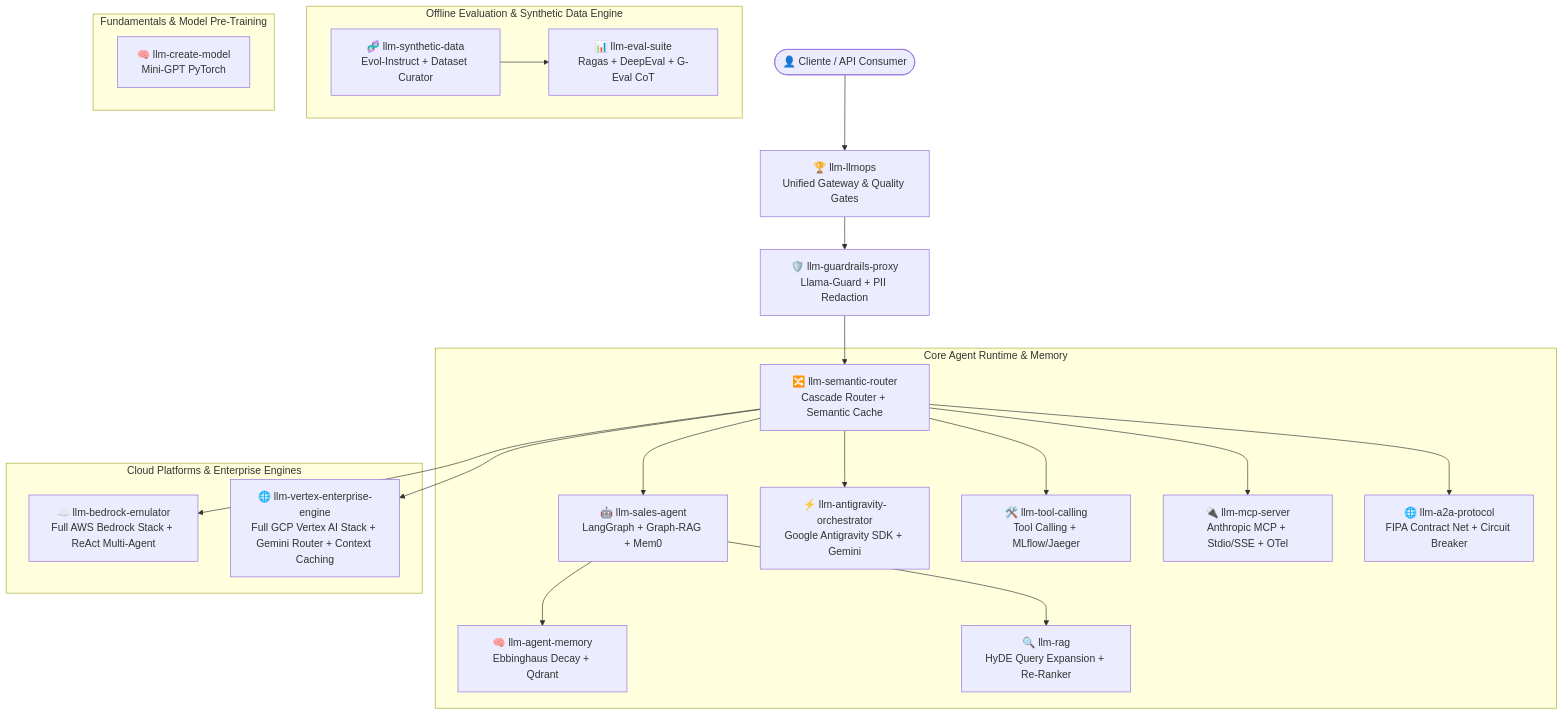
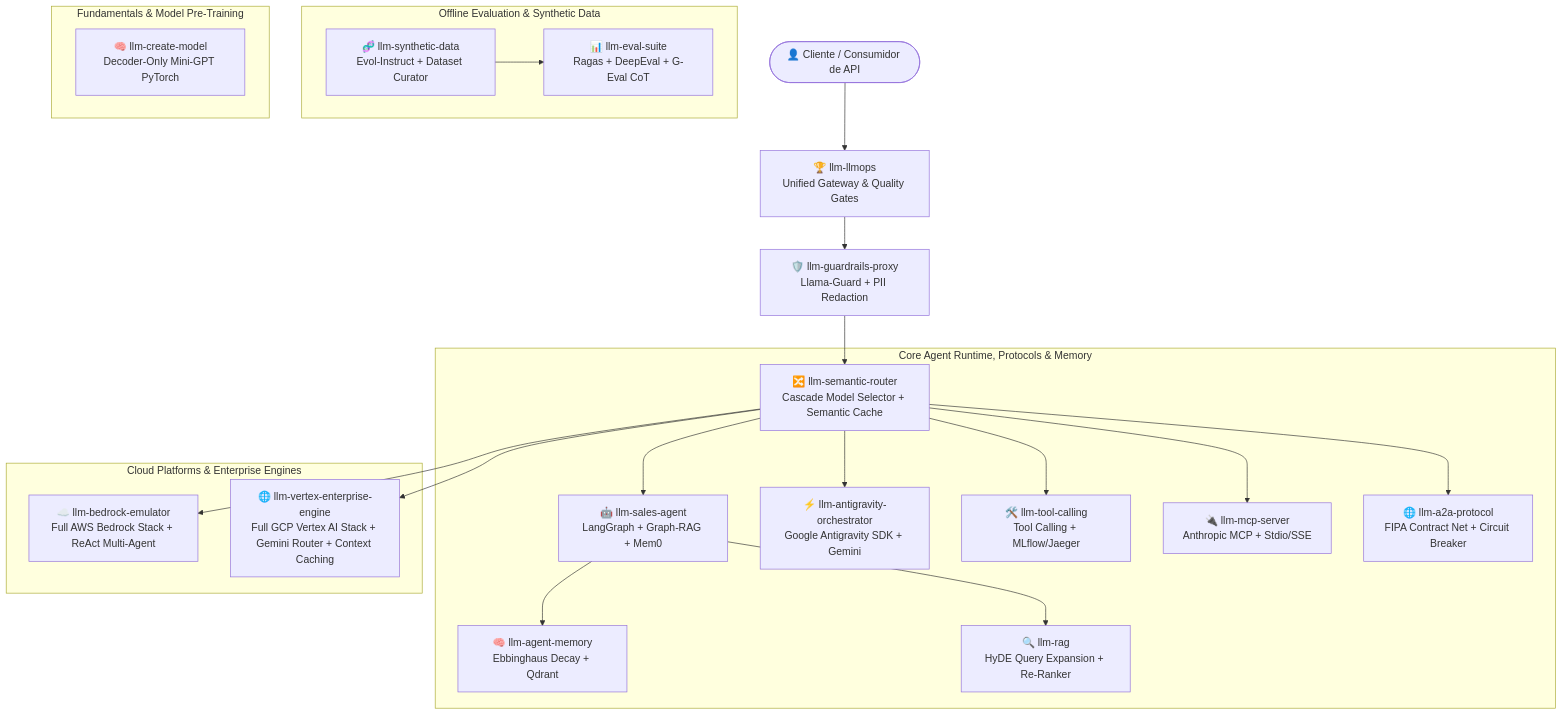
One commit to cayoesn/cayoesn changed the diagram in README.md. Above: the diagram before and after it, drawn with Mermaid. The commit also changed other lines of this file, not shown here.

Commit message:
docs(portfolio): modernize architecture cards for all 15 repositories and remove MCP diagram

````diff
--- a/README.md
+++ b/README.md
@@ -24,30 +31,30 @@
 ```mermaid
 graph TD
-    Client([👤 Cliente / API Consumer]) --> LLMOpsGateway[🏆 llm-llmops<br/>Unified Gateway & Quality Gates]
+    Client([👤 Cliente / Consumidor de API]) --> LLMOpsGateway[🏆 llm-llmops<br/>Unified Gateway & Quality Gates]
     LLMOpsGateway --> Guardrails[🛡️ llm-guardrails-proxy<br/>Llama-Guard + PII Redaction]
-    Guardrails --> Router[🔀 llm-semantic-router<br/>Cascade Router + Semantic Cache]
+    Guardrails --> Router[🔀 llm-semantic-router<br/>Cascade Model Selector + Semantic Cache]
     
-    subgraph "Core Agent Runtime & Memory"
+    subgraph "Core Agent Runtime, Protocols & Memory"
         Router --> SalesAgent[🤖 llm-sales-agent<br/>LangGraph + Graph-RAG + Mem0]
         Router --> Orchestrator[⚡ llm-antigravity-orchestrator<br/>Google Antigravity SDK + Gemini]
         Router --> ToolCalling[🛠️ llm-tool-calling<br/>Tool Calling + MLflow/Jaeger]
-        Router --> MCPServer[🔌 llm-mcp-server<br/>Anthropic MCP + Stdio/SSE + OTel]
+        Router --> MCPServer[🔌 llm-mcp-server<br/>Anthropic MCP + Stdio/SSE]
         Router --> A2A[🌐 llm-a2a-protocol<br/>FIPA Contract Net + Circuit Breaker]
         
         SalesAgent --> Memory[🧠 llm-agent-memory<br/>Ebbinghaus Decay + Qdrant]
         SalesAgent --> RAG[🔍 llm-rag<br/>HyDE Query Expansion + Re-Ranker]
     end
 
     subgraph "Cloud Platforms & Enterprise Engines"
         Router --> BedrockEmulator[☁️ llm-bedrock-emulator<br/>Full AWS Bedrock Stack + ReAct Multi-Agent]
         Router --> VertexEngine[🌐 llm-vertex-enterprise-engine<br/>Full GCP Vertex AI Stack + Gemini Router + Context Caching]
     end
 
-    subgraph "Offline Evaluation & Synthetic Data Engine"
+    subgraph "Offline Evaluation & Synthetic Data"
         Synthetic[🧬 llm-synthetic-data<br/>Evol-Instruct + Dataset Curator] --> Eval[📊 llm-eval-suite<br/>Ragas + DeepEval + G-Eval CoT]
     end
 
     subgraph "Fundamentals & Model Pre-Training"
-        CreateModel[🧠 llm-create-model<br/>Mini-GPT PyTorch]
+        CreateModel[🧠 llm-create-model<br/>Decoder-Only Mini-GPT PyTorch]
     end
 ```
````
